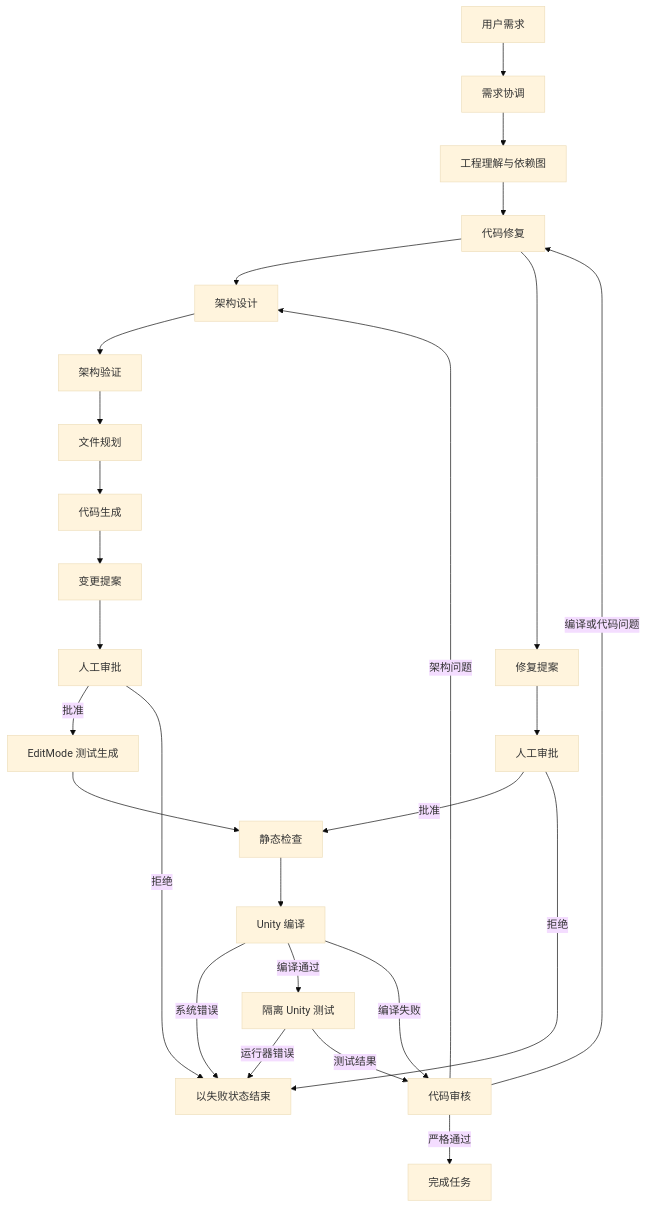
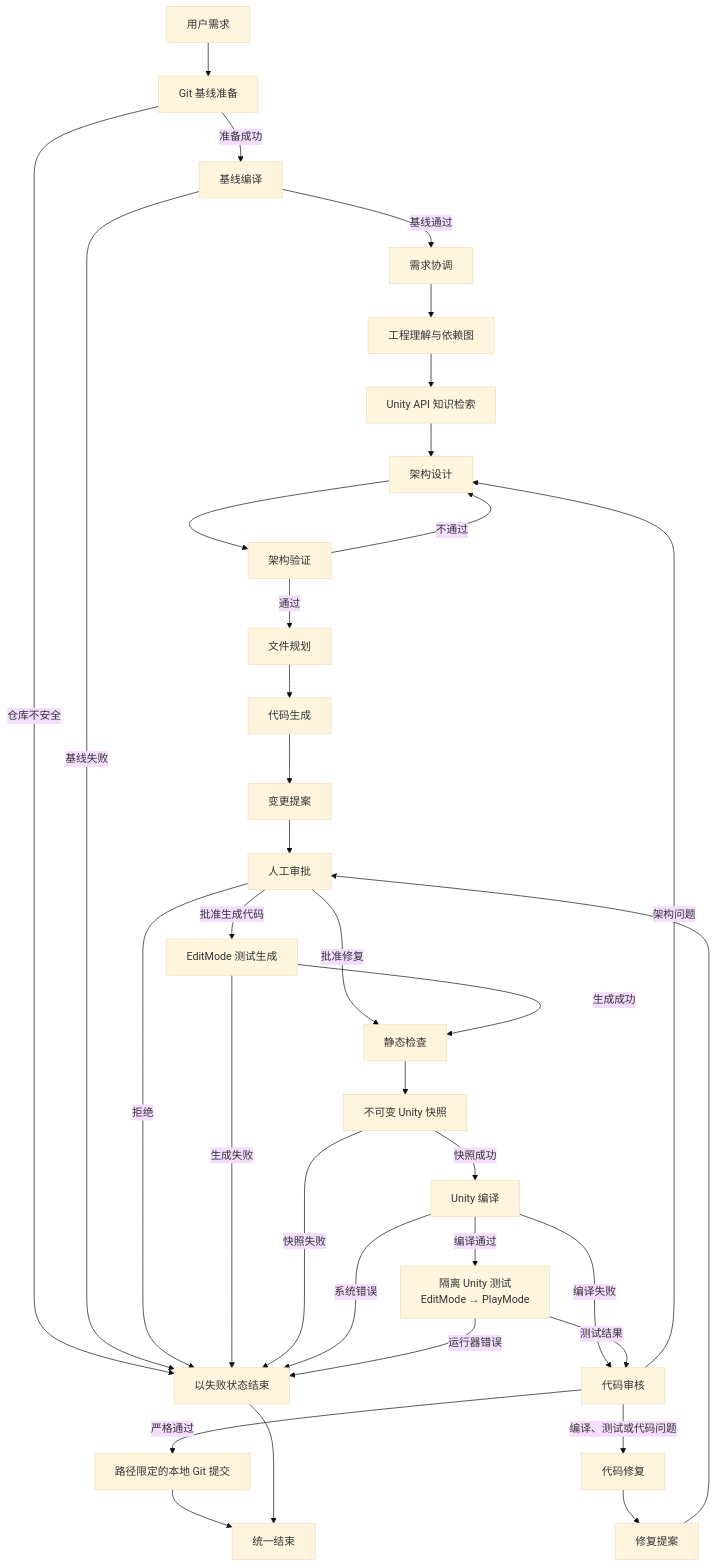
One commit to MaddieMo1/LangGraph-Coding-Agent changed the diagram in README.md. Above: the diagram before and after it, drawn with Mermaid (base theme). The commit also changed other lines of this file and 4 other files, not shown here.

````diff
--- a/README.md
+++ b/README.md
@@ -208,28 +206,37 @@
 ```mermaid
 flowchart TD
-    A[用户需求] --> B[需求协调]
+    A[用户需求] --> GP[Git 基线准备]
+    GP -->|准备成功| BC[基线编译]
+    GP -->|仓库不安全| Z[以失败状态结束]
+    BC -->|基线通过| B[需求协调]
+    BC -->|基线失败| Z
     B --> P[工程理解与依赖图]
-    P --> K[Unity API 知识检索]
-    K --> C[架构设计]
+    P --> UK[Unity API 知识检索]
+    UK --> C[架构设计]
     C --> D[架构验证]
-    D --> E[文件规划]
+    D -->|通过| E[文件规划]
+    D -->|不通过| C
     E --> F[代码生成]
-    F --> P1[变更提案]
-    P1 --> A1[人工审批]
-    A1 -->|批准| T[EditMode 测试生成]
-    A1 -->|拒绝| Z
-    T --> G[静态检查]
-    G --> H[Unity 编译]
-    H -->|系统错误| Z[以失败状态结束]
-    H -->|编译通过| U[隔离 Unity 测试]
+    F --> CP[变更提案]
+    CP --> HA[人工审批]
+    HA -->|批准生成代码| T[EditMode 测试生成]
+    HA -->|批准修复| G[静态检查]
+    HA -->|拒绝| Z
+    T -->|生成成功| G
+    T -->|生成失败| Z
+    G --> S[不可变 Unity 快照]
+    S -->|快照成功| H[Unity 编译]
+    S -->|快照失败| Z
+    H -->|系统错误| Z
+    H -->|编译通过| U[隔离 Unity 测试<br/>EditMode → PlayMode]
     H -->|编译失败| I[代码审核]
     U -->|运行器错误| Z
     U -->|测试结果| I
-    I -->|严格通过| J[完成任务]
-    I -->|编译或代码问题| K[代码修复]
+    I -->|严格通过| GC[路径限定的本地 Git 提交]
+    I -->|编译、测试或代码问题| R[代码修复]
     I -->|架构问题| C
-    K --> P2[修复提案]
-    P2 --> A2[人工审批]
-    A2 -->|批准| G
-    A2 -->|拒绝| Z
+    R --> RP[修复提案]
+    RP --> HA
+    GC --> J[统一结束]
+    Z --> J
 ```
````
